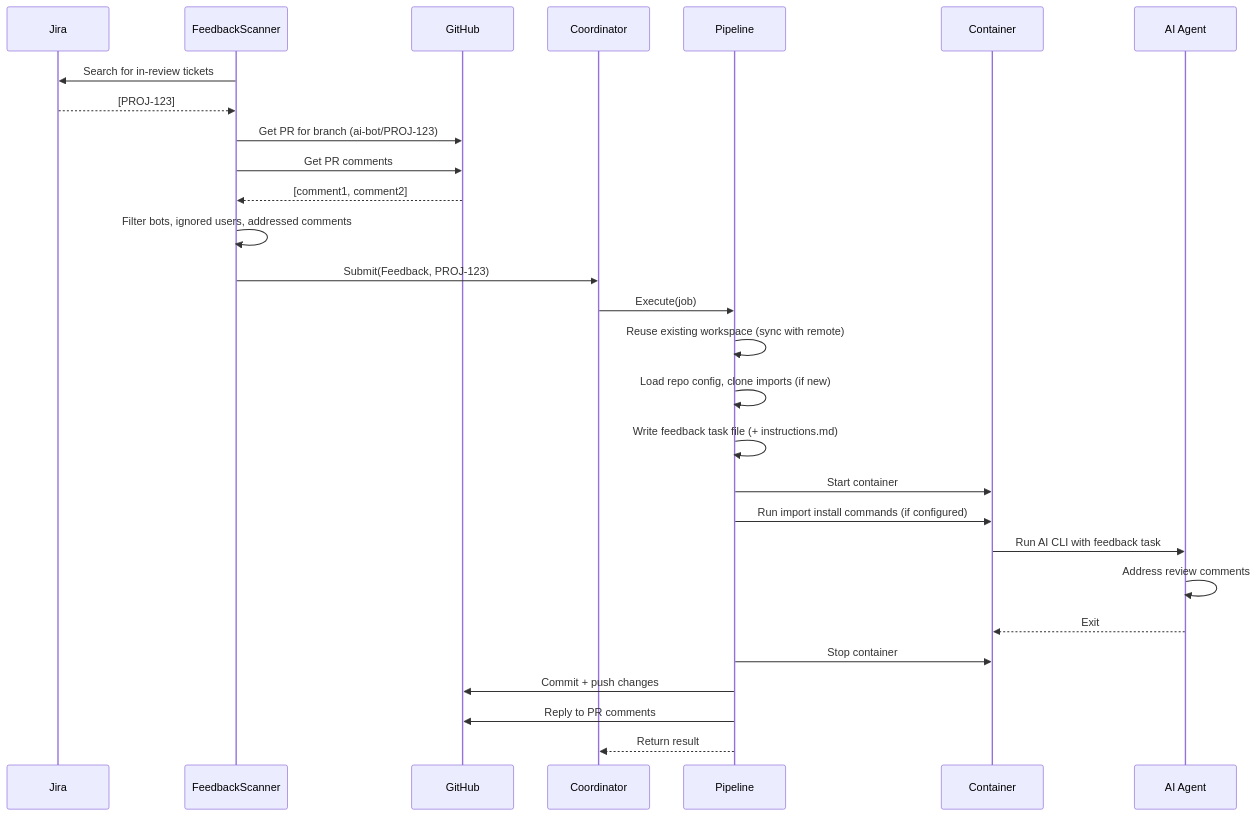
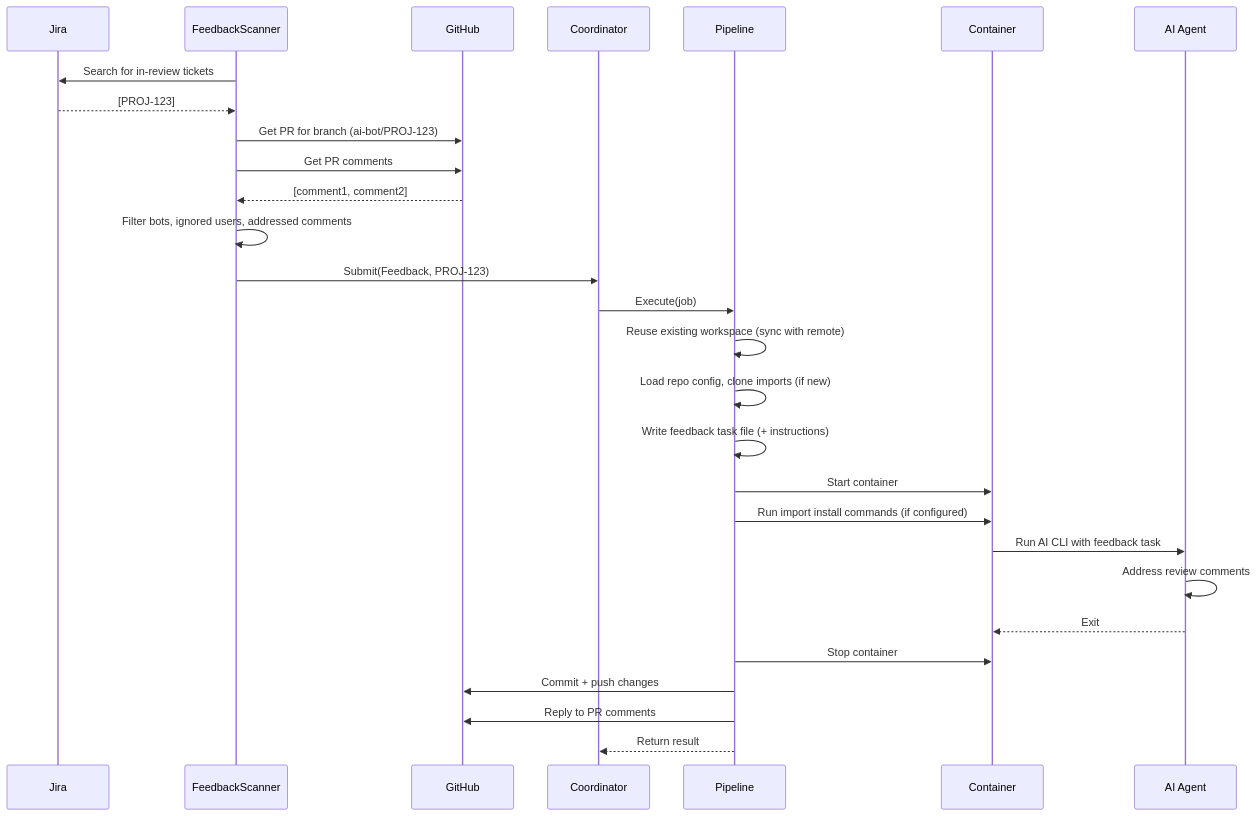
The fifth of 10 diagrams in docs/architecture.md (flightctl/jira-ai-issue-solver), drawn with Mermaid before and after one commit. The commit also changed other lines of this file and 12 other files, not shown here.

````diff
--- a/docs/architecture.md
+++ b/docs/architecture.md
@@ -182,33 +182,33 @@
 ```mermaid
 sequenceDiagram
     participant J as Jira
     participant FS as FeedbackScanner
     participant GH as GitHub
     participant C as Coordinator
     participant P as Pipeline
     participant CTR as Container
     participant AI as AI Agent
 
     FS->>J: Search for in-review tickets
     J-->>FS: [PROJ-123]
     FS->>GH: Get PR for branch (ai-bot/PROJ-123)
     FS->>GH: Get PR comments
     GH-->>FS: [comment1, comment2]
     FS->>FS: Filter bots, ignored users, addressed comments
     FS->>C: Submit(Feedback, PROJ-123)
 
     C->>P: Execute(job)
     P->>P: Reuse existing workspace (sync with remote)
     P->>P: Load repo config, clone imports (if new)
-    P->>P: Write feedback task file (+ instructions.md)
+    P->>P: Write feedback task file (+ instructions)
     P->>CTR: Start container
     P->>CTR: Run import install commands (if configured)
     CTR->>AI: Run AI CLI with feedback task
     AI->>AI: Address review comments
     AI-->>CTR: Exit
     P->>CTR: Stop container
 
     P->>GH: Commit + push changes
     P->>GH: Reply to PR comments
     P-->>C: Return result
 ```
````
